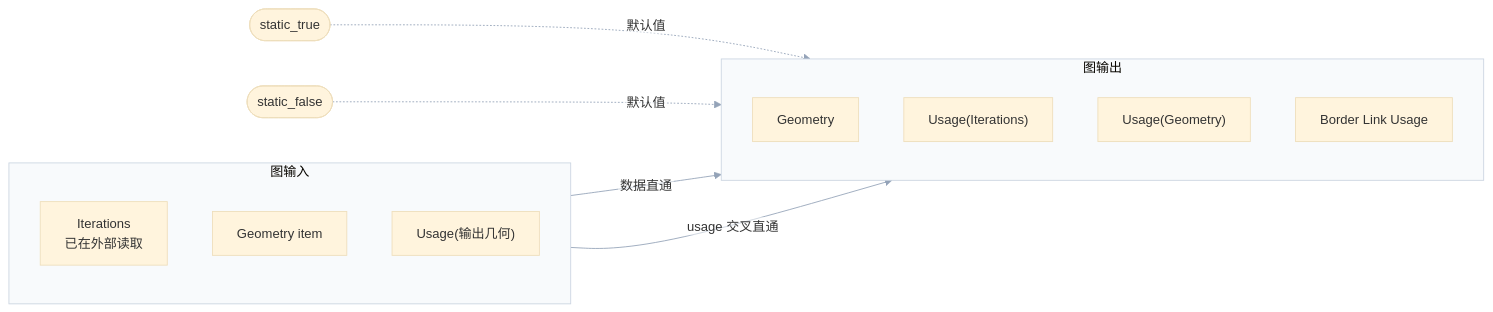
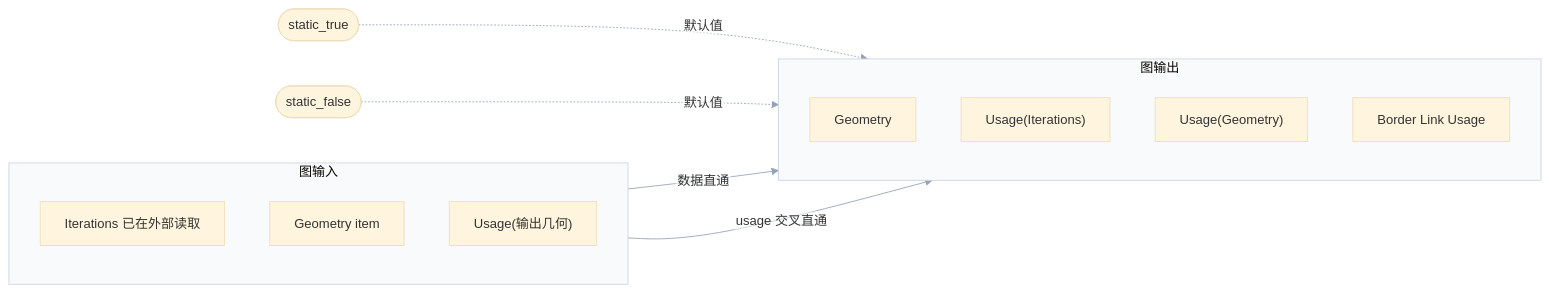
Before and after one commit to yunkezengren/blender-.vscode: the third of 5 diagrams in 杂/markdown/重复区域-dsh/03-几何节点执行架构/03-执行图按迭代展开.md, drawn with Mermaid. The commit also changed other lines of this file and 27 other files, not shown here.

````diff
--- a/杂/markdown/重复区域-dsh/03-几何节点执行架构/03-执行图按迭代展开.md
+++ b/杂/markdown/重复区域-dsh/03-几何节点执行架构/03-执行图按迭代展开.md
@@ -1092,26 +1056,26 @@
 ```mermaid
 %%{init: {"theme":"base","themeVariables":{"fontFamily":"\"Segoe UI\",\"Microsoft YaHei\",sans-serif","fontSize":"15px","lineColor":"#94A3B8","edgeLabelBackground":"#FFFFFF","clusterBkg":"#F8FAFC","clusterBorder":"#CBD5E1"},"flowchart":{"htmlLabels":false,"curve":"basis","nodeSpacing":52,"rankSpacing":64,"padding":14,"diagramPadding":16,"useMaxWidth":true},"sequence":{"useMaxWidth":true,"wrap":true,"mirrorActors":false,"messageMargin":36}}}%%
 flowchart LR
     subgraph IN0["图输入"]
         direction TB
-        IT0["Iterations<br/>已在外部读取"]:::input
+        IT0["Iterations 已在外部读取"]:::input
         GEO0["Geometry item"]:::input
         UO0["Usage(输出几何)"]:::input
     end
 
     subgraph OUT0["图输出"]
         direction TB
         OG0["Geometry"]:::result
         OIT0["Usage(Iterations)"]:::result
         OGU0["Usage(Geometry)"]:::result
         OBU0["Border Link Usage"]:::result
     end
 
     F(["static_false"]):::error
     T0(["static_true"]):::data
 
     GEO0 -->|"数据直通"| OG0
     UO0 -->|"usage 交叉直通"| OGU0
     T0 -.默认值.-> OIT0
     F -.默认值.-> OBU0
 ```
````
